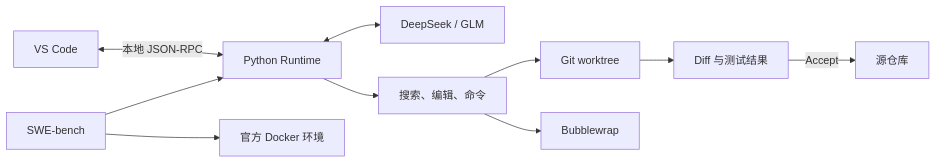
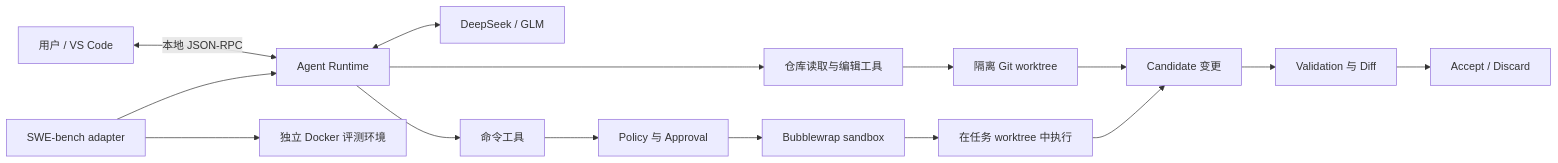
One commit to YeYan0829/codingAgent changed the second of 2 diagrams in README.md. Above: the diagram before and after it, drawn with Mermaid. The commit also changed other lines of this file and 9 other files, not shown here.

````diff
--- a/README.md
+++ b/README.md
@@ -229,12 +124,17 @@
 ```mermaid
 flowchart LR
-    UI[VS Code] <-->|本地 JSON-RPC| Runtime[Python Runtime]
+    User[用户 / VS Code] <-->|本地 JSON-RPC| Runtime[Agent Runtime]
     Runtime <--> Model[DeepSeek / GLM]
-    Runtime --> Tools[搜索、编辑、命令]
-    Tools --> Worktree[Git worktree]
-    Tools --> Sandbox[Bubblewrap]
-    Worktree --> Review[Diff 与测试结果]
-    Review -->|Accept| Source[源仓库]
-    Bench[SWE-bench] --> Runtime
-    Bench --> Docker[官方 Docker 环境]
+    Runtime --> RepoTools[仓库读取与编辑工具]
+    RepoTools --> Worktree[隔离 Git worktree]
+    Worktree --> Candidate[Candidate 变更]
+    Runtime --> Command[命令工具]
+    Command --> Gate[Policy 与 Approval]
+    Gate --> Sandbox[Bubblewrap sandbox]
+    Sandbox --> TaskCommand[在任务 worktree 中执行]
+    TaskCommand --> Candidate
+    Candidate --> Review[Validation 与 Diff]
+    Review --> Decision[Accept / Discard]
+    Bench[SWE-bench adapter] --> Runtime
+    Bench --> Docker[独立 Docker 评测环境]
 ```
````
